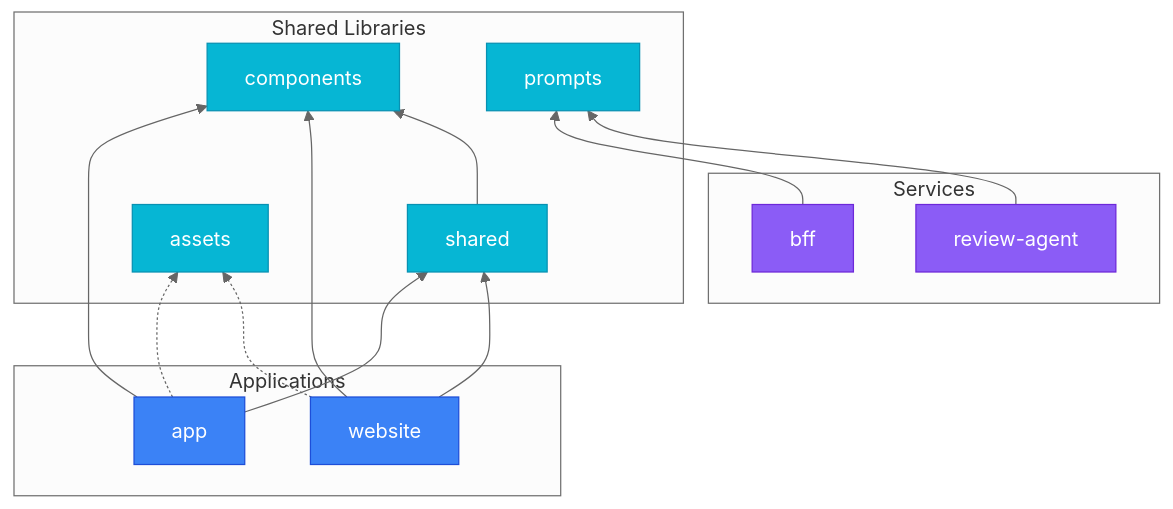
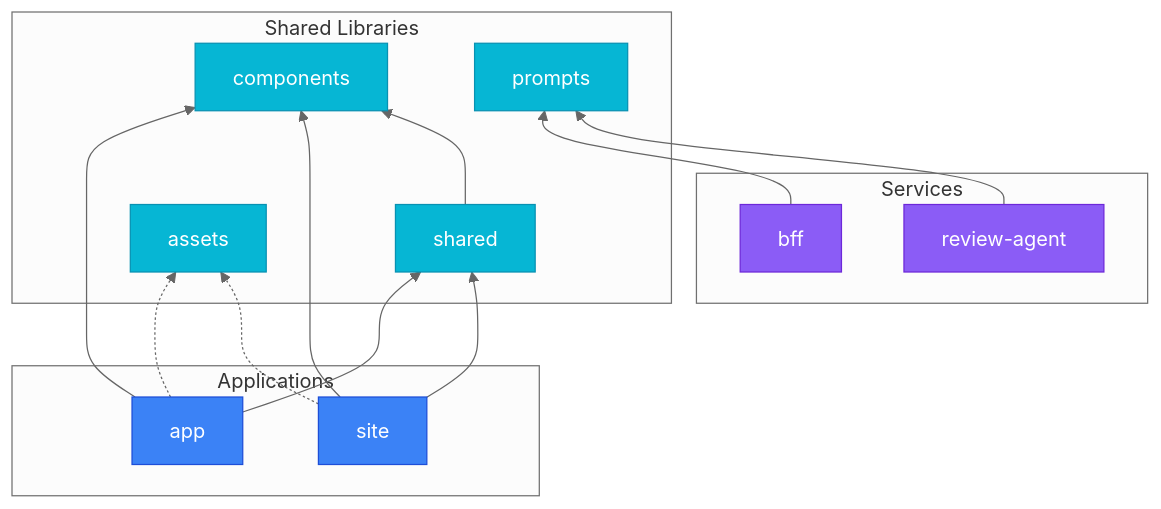
One commit to antiptrn/opendiff changed the third of 4 diagrams in ARCHITECTURE.md. Above: the diagram before and after it, drawn with Mermaid (neutral theme). The commit also changed other lines of this file and 369 other files, not shown here.

````diff
--- a/ARCHITECTURE.md
+++ b/ARCHITECTURE.md
@@ -121,37 +121,37 @@
 ```mermaid
 flowchart BT
     subgraph Apps["Applications"]
         App["app"]
-        Website["website"]
+        Website["site"]
     end
 
     subgraph Services["Services"]
         BFF["bff"]
         Agent["review-agent"]
     end
 
     subgraph Libraries["Shared Libraries"]
         Shared["shared"]
         Components["components"]
         Prompts["prompts"]
         Assets["assets"]
     end
 
     App --> Shared
     App --> Components
     App -.-> Assets
     Website --> Shared
     Website --> Components
     Website -.-> Assets
     Shared --> Components
     BFF --> Prompts
     Agent --> Prompts
 
     classDef app fill:#3b82f6,stroke:#1d4ed8,color:#fff
     classDef service fill:#8b5cf6,stroke:#6d28d9,color:#fff
     classDef lib fill:#06b6d4,stroke:#0891b2,color:#fff
 
     class App,Website app
     class BFF,Agent service
     class Shared,Components,Prompts,Assets lib
 ```
````
